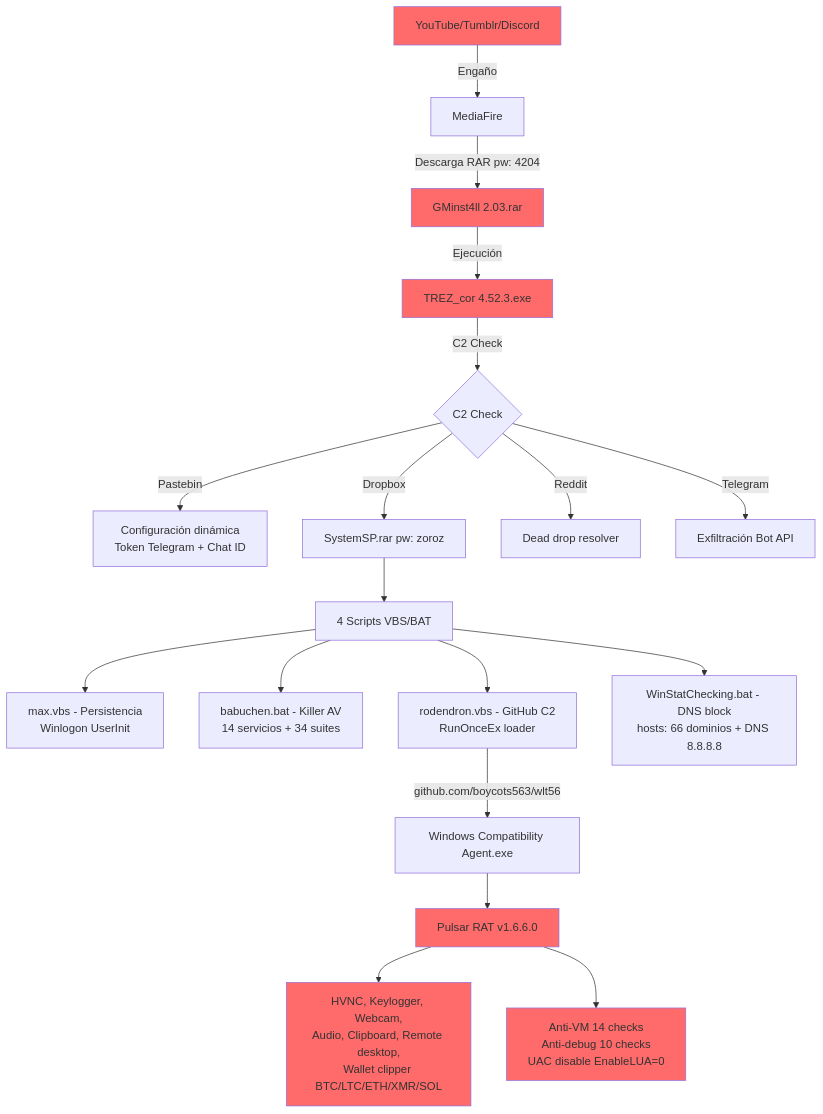
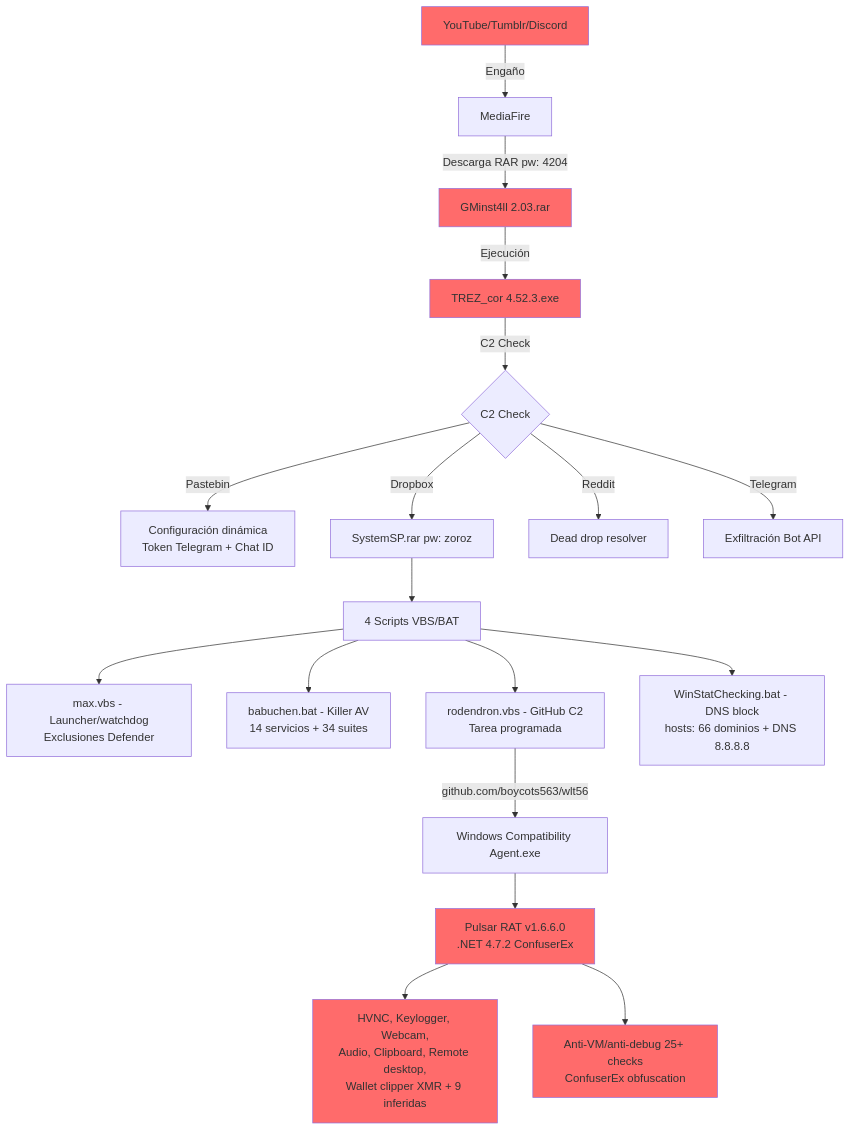
Before and after one commit to alesanfe/soar-ransomware-lab: diagram 11 of 12 in docs/thesis/appendix_f.md, drawn with Mermaid.

First paragraph of the commit message:
fix(thesis): F.11 - 5 correcciones tras verificar contra repo GitHub
Verificacion exhaustiva contra github.com/alesanfe/gminst4ll-forensics
(README.md, 01_INFORME_PRINCIPAL, 02_BITACORA_FASES, 03_IOCS_Y_DETECCION,
04_OSINT_Y_CAMPANA).

````diff
--- a/docs/thesis/appendix_f.md
+++ b/docs/thesis/appendix_f.md
@@ -548,26 +548,26 @@
 ```mermaid
 graph TD
  A[YouTube/Tumblr/Discord] -->|Engaño| B[MediaFire]
  B -->|Descarga RAR pw: 4204| C[GMinst4ll 2.03.rar]
  C -->|Ejecución| D[TREZ_cor 4.52.3.exe]
  D -->|C2 Check| E{C2 Check}
  E -->|Pastebin| F[Configuración dinámica<br/>Token Telegram + Chat ID]
  E -->|Dropbox| G[SystemSP.rar pw: zoroz]
  E -->|Reddit| H[Dead drop resolver]
  E -->|Telegram| I[Exfiltración Bot API]
  G --> J[4 Scripts VBS/BAT]
- J --> K[max.vbs - Persistencia<br/>Winlogon UserInit]
+ J --> K[max.vbs - Launcher/watchdog<br/>Exclusiones Defender]
  J --> L[babuchen.bat - Killer AV<br/>14 servicios + 34 suites]
- J --> M[rodendron.vbs - GitHub C2<br/>RunOnceEx loader]
+ J --> M[rodendron.vbs - GitHub C2<br/>Tarea programada]
  J --> N[WinStatChecking.bat - DNS block<br/>hosts: 66 dominios + DNS 8.8.8.8]
  M -->|github.com/boycots563/wlt56| O[Windows Compatibility Agent.exe]
- O --> P[Pulsar RAT v1.6.6.0]
- P --> Q[HVNC, Keylogger, Webcam,<br/>Audio, Clipboard, Remote desktop,<br/>Wallet clipper BTC/LTC/ETH/XMR/SOL]
- P --> R[Anti-VM 14 checks<br/>Anti-debug 10 checks<br/>UAC disable EnableLUA=0]
+ O --> P[Pulsar RAT v1.6.6.0<br/>.NET 4.7.2 ConfuserEx]
+ P --> Q[HVNC, Keylogger, Webcam,<br/>Audio, Clipboard, Remote desktop,<br/>Wallet clipper XMR + 9 inferidas]
+ P --> R[Anti-VM/anti-debug 25+ checks<br/>ConfuserEx obfuscation]
  style A fill:#ff6b6b
  style C fill:#ff6b6b
  style D fill:#ff6b6b
  style P fill:#ff6b6b
  style Q fill:#ff6b6b
  style R fill:#ff6b6b
 ```
````
